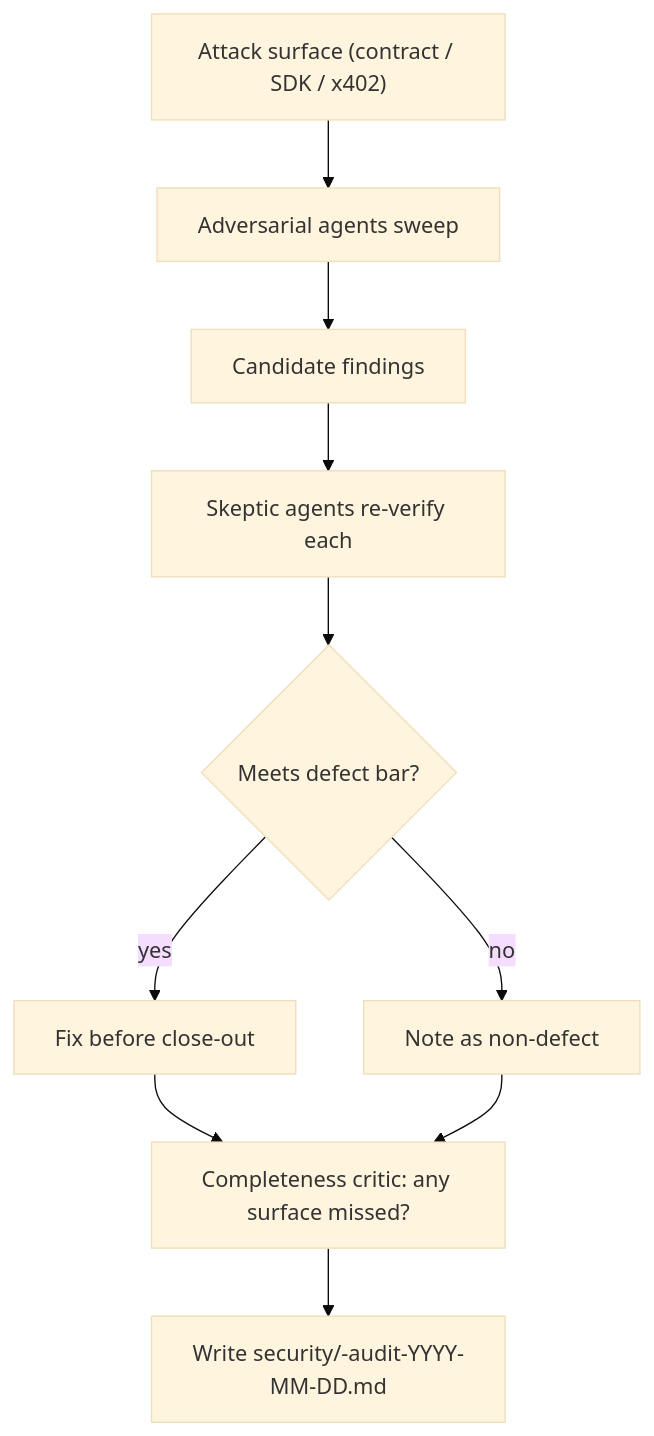
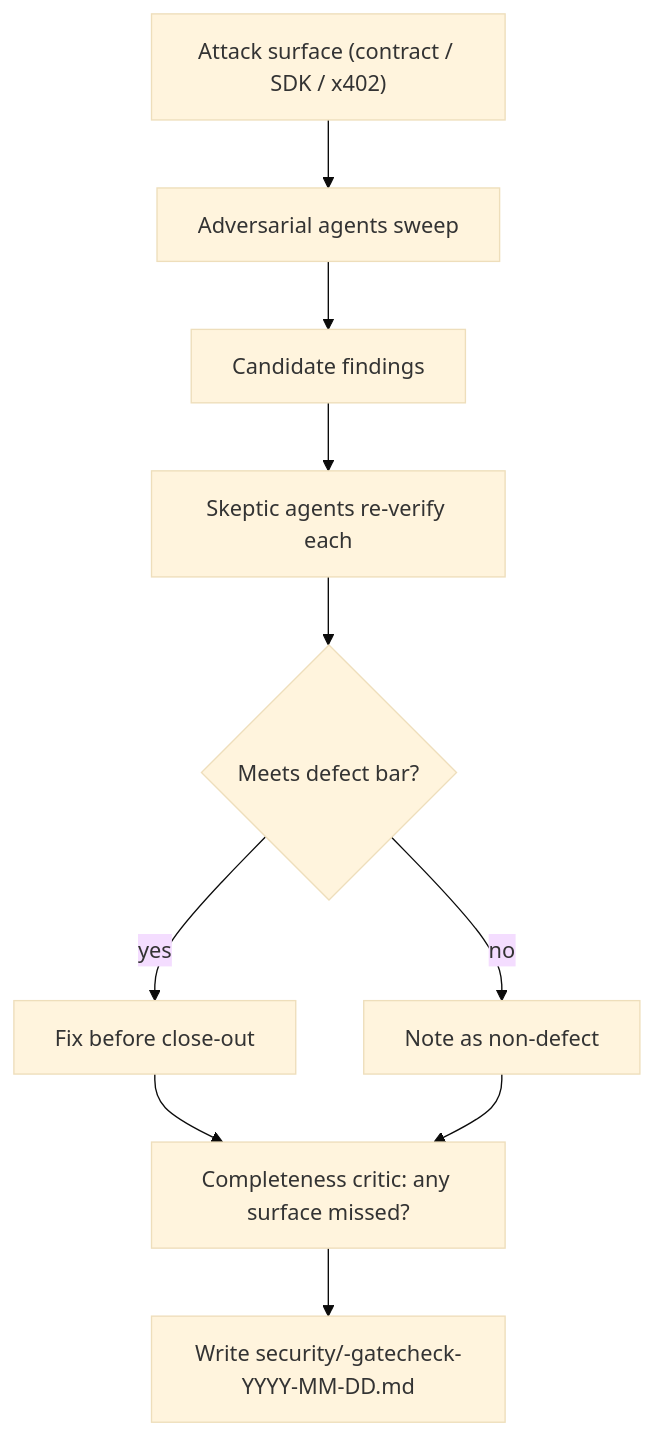
One commit to reapp-protocol/reapp-protocol changed the fifth of 8 diagrams in docs/playbook-testnet.md. Above: the diagram before and after it, drawn with Mermaid (base theme). The commit also changed other lines of this file and 37 other files, not shown here.

````diff
--- a/docs/playbook-testnet.md
+++ b/docs/playbook-testnet.md
@@ -567,12 +568,12 @@
 ```mermaid
 flowchart TD
   Surface["Attack surface (contract / SDK / x402)"] --> Sweep["Adversarial agents sweep"]
   Sweep --> Findings["Candidate findings"]
   Findings --> Verify["Skeptic agents re-verify each"]
   Verify --> Bar{"Meets defect bar?"}
   Bar -->|no| Drop["Note as non-defect"]
   Bar -->|yes| Fix["Fix before close-out"]
   Fix --> Critic["Completeness critic: any surface missed?"]
   Drop --> Critic
-  Critic --> Record["Write security/<component>-audit-YYYY-MM-DD.md"]
+  Critic --> Record["Write security/<component>-gatecheck-YYYY-MM-DD.md"]
 ```
````
